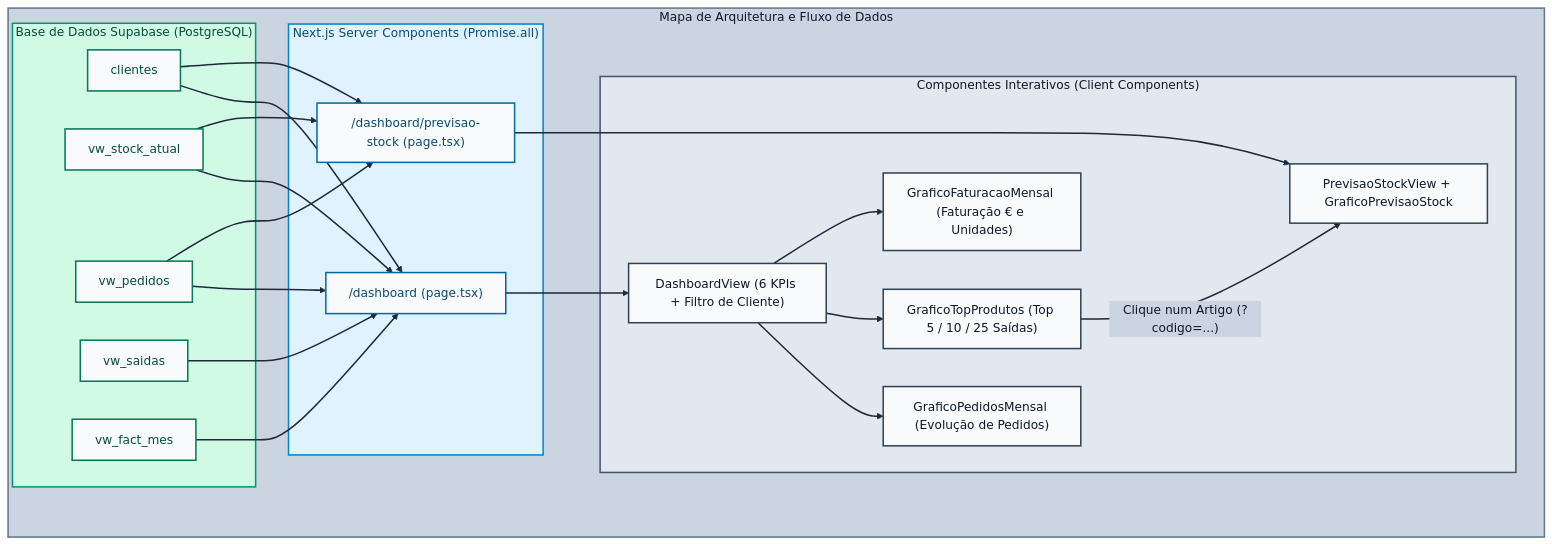
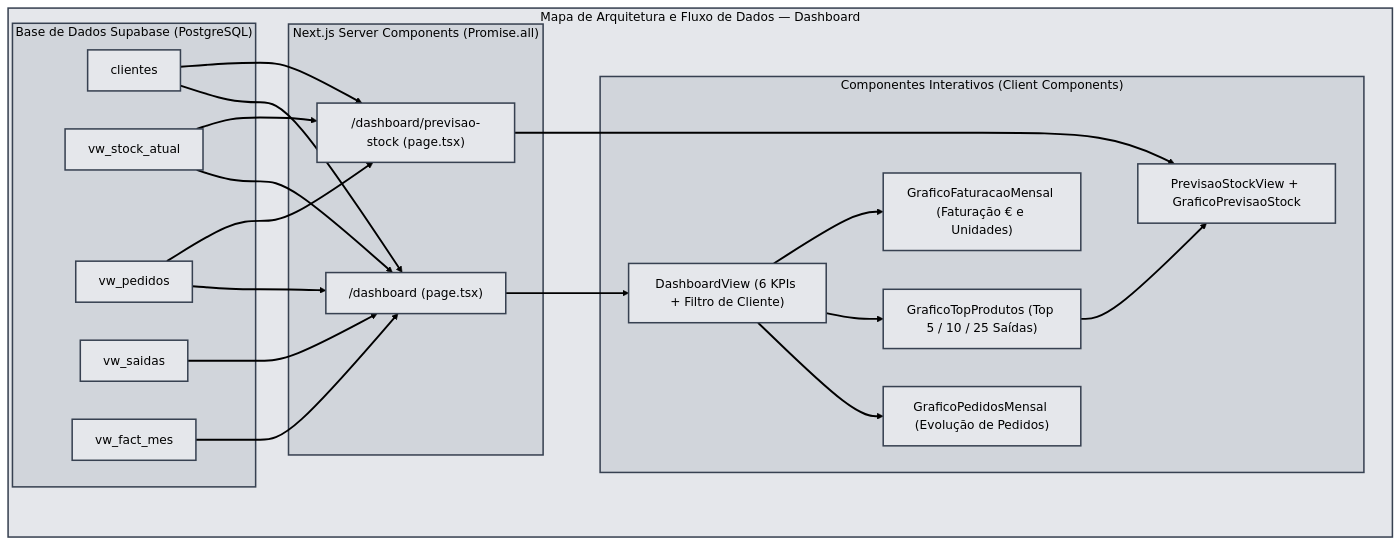
Before and after one commit to jmv2026/platfarmasupa: the diagram in docs/DOCUMENTACAO_DASHBOARD.md, drawn with Mermaid. The commit also changed 2 other files, not shown here.

Commit message:
atualização-artefactos _documentos-md

````diff
--- a/docs/DOCUMENTACAO_DASHBOARD.md
+++ b/docs/DOCUMENTACAO_DASHBOARD.md
@@ -14,74 +14,55 @@
 ```mermaid
-%%{init: {
-  'theme': 'base',
-  'themeVariables': {
-    'background': '#d1d5db',
-    'mainBkg': '#e2e8f0',
-    'primaryColor': '#f8fafc',
-    'primaryTextColor': '#0f172a',
-    'primaryBorderColor': '#334155',
-    'lineColor': '#1e293b',
-    'secondaryColor': '#e2e8f0',
-    'tertiaryColor': '#cbd5e1',
-    'clusterBkg': '#e2e8f0',
-    'clusterBorder': '#475569',
-    'titleColor': '#0f172a',
-    'edgeLabelBackground': '#cbd5e1',
-    'nodeTextColor': '#0f172a',
-    'textColor': '#0f172a'
-  },
-  'themeCSS': 'svg { background-color: #d1d5db !important; border-radius: 10px; padding: 12px; } .labelBkg, .edgeLabel, .edgeLabel rect, .edgeLabel span, .edgeLabel p { background-color: #cbd5e1 !important; fill: #cbd5e1 !important; color: #0f172a !important; } .nodeLabel, .cluster-label span, .cluster-label p, text, tspan { color: #0f172a !important; fill: #0f172a !important; }'
-}}%%
+%%{init: {"theme": "base", "themeVariables": {"background": "#e5e7eb", "primaryColor": "#e5e7eb", "primaryTextColor": "#000000", "primaryBorderColor": "#374151", "lineColor": "#000000", "secondaryColor": "#e5e7eb", "tertiaryColor": "#d1d5db", "mainBkg": "#e5e7eb", "nodeBkg": "#e5e7eb", "clusterBkg": "#d1d5db", "clusterBorder": "#374151", "titleColor": "#000000", "edgeLabelBackground": "#e5e7eb", "textColor": "#000000", "nodeTextColor": "#000000"}}}%%
 flowchart TD
-    subgraph Canvas ["Mapa de Arquitetura e Fluxo de Dados"]
+    subgraph Canvas ["Mapa de Arquitetura e Fluxo de Dados — Dashboard"]
         subgraph Supabase ["Base de Dados Supabase (PostgreSQL)"]
             V1["vw_stock_atual"]
             V2["vw_pedidos"]
             V3["vw_saidas"]
             V4["vw_fact_mes"]
             T1["clientes"]
         end
 
         subgraph Server ["Next.js Server Components (Promise.all)"]
             P1["/dashboard (page.tsx)"]
             P2["/dashboard/previsao-stock (page.tsx)"]
         end
 
         subgraph Client ["Componentes Interativos (Client Components)"]
             DV["DashboardView (6 KPIs + Filtro de Cliente)"]
             G1["GraficoPedidosMensal (Evolução de Pedidos)"]
             G2["GraficoTopProdutos (Top 5 / 10 / 25 Saídas)"]
             G3["GraficoFaturacaoMensal (Faturação € e Unidades)"]
             PSV["PrevisaoStockView + GraficoPrevisaoStock"]
         end
 
         T1 & V1 & V2 & V3 & V4 --> P1
         T1 & V1 & V2 --> P2
         P1 --> DV
         DV --> G1 & G2 & G3
-        G2 -- "Clique num Artigo (?codigo=...)" --> PSV
+        G2 --> PSV
         P2 --> PSV
     end
 
-    style Canvas fill:#cbd5e1,stroke:#64748b,stroke-width:2px,color:#0f172a
-    style Supabase fill:#d1fae5,stroke:#059669,stroke-width:2px,color:#064e3b
-    style Server fill:#e0f2fe,stroke:#0284c7,stroke-width:2px,color:#0c4a6e
-    style Client fill:#e2e8f0,stroke:#475569,stroke-width:2px,color:#0f172a
+    style Canvas fill:#e5e7eb,stroke:#374151,stroke-width:2px,color:#000000
+    style Supabase fill:#d1d5db,stroke:#374151,stroke-width:2px,color:#000000
+    style Server fill:#d1d5db,stroke:#374151,stroke-width:2px,color:#000000
+    style Client fill:#d1d5db,stroke:#374151,stroke-width:2px,color:#000000
 
-    style V1 fill:#f8fafc,stroke:#047857,stroke-width:2px,color:#064e3b
-    style V2 fill:#f8fafc,stroke:#047857,stroke-width:2px,color:#064e3b
-    style V3 fill:#f8fafc,stroke:#047857,stroke-width:2px,color:#064e3b
-    style V4 fill:#f8fafc,stroke:#047857,stroke-width:2px,color:#064e3b
-    style T1 fill:#f8fafc,stroke:#047857,stroke-width:2px,color:#064e3b
+    style V1 fill:#e5e7eb,stroke:#374151,stroke-width:2px,color:#000000
+    style V2 fill:#e5e7eb,stroke:#374151,stroke-width:2px,color:#000000
+    style V3 fill:#e5e7eb,stroke:#374151,stroke-width:2px,color:#000000
+    style V4 fill:#e5e7eb,stroke:#374151,stroke-width:2px,color:#000000
+    style T1 fill:#e5e7eb,stroke:#374151,stroke-width:2px,color:#000000
 
-    style P1 fill:#f8fafc,stroke:#0369a1,stroke-width:2px,color:#0c4a6e
-    style P2 fill:#f8fafc,stroke:#0369a1,stroke-width:2px,color:#0c4a6e
+    style P1 fill:#e5e7eb,stroke:#374151,stroke-width:2px,color:#000000
+    style P2 fill:#e5e7eb,stroke:#374151,stroke-width:2px,color:#000000
 
-    style DV fill:#f8fafc,stroke:#334155,stroke-width:2px,color:#0f172a
-    style G1 fill:#f8fafc,stroke:#334155,stroke-width:2px,color:#0f172a
-    style G2 fill:#f8fafc,stroke:#334155,stroke-width:2px,color:#0f172a
-    style G3 fill:#f8fafc,stroke:#334155,stroke-width:2px,color:#0f172a
-    style PSV fill:#f8fafc,stroke:#334155,stroke-width:2px,color:#0f172a
+    style DV fill:#e5e7eb,stroke:#374151,stroke-width:2px,color:#000000
+    style G1 fill:#e5e7eb,stroke:#374151,stroke-width:2px,color:#000000
+    style G2 fill:#e5e7eb,stroke:#374151,stroke-width:2px,color:#000000
+    style G3 fill:#e5e7eb,stroke:#374151,stroke-width:2px,color:#000000
+    style PSV fill:#e5e7eb,stroke:#374151,stroke-width:2px,color:#000000
 
-    linkStyle default stroke:#1e293b,stroke-width:2px,color:#0f172a
+    linkStyle default stroke:#000000,stroke-width:2.5px,color:#000000
 ```
````
